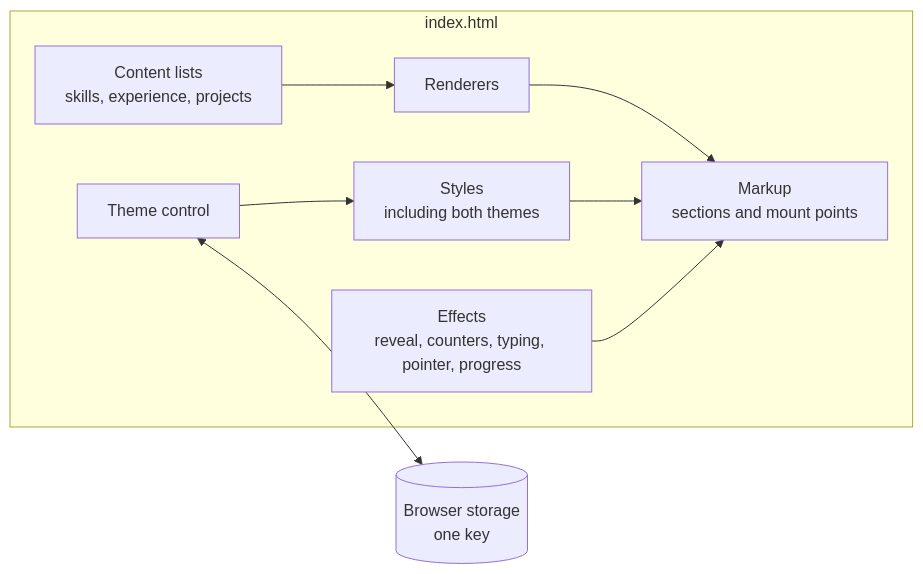
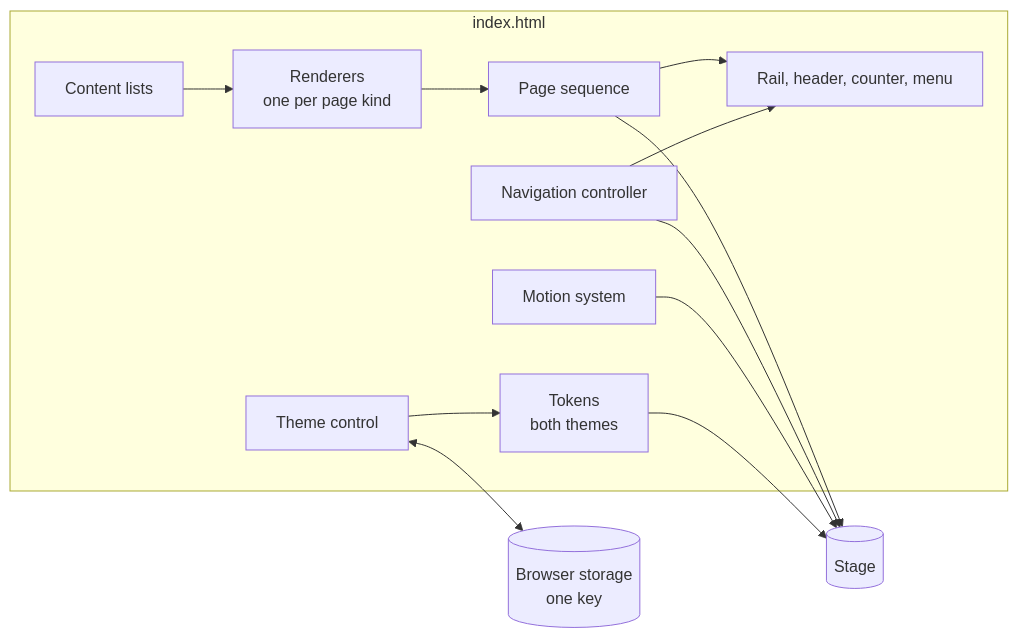
The first of 5 diagrams in resume/requirements/03-architecture.md (MoAbboud/PortFolio), drawn with Mermaid before and after one commit. The commit also changed other lines of this file and 7 other files, not shown here.

````diff
--- a/resume/requirements/03-architecture.md
+++ b/resume/requirements/03-architecture.md
@@ -10,16 +11,21 @@
 ```mermaid
 flowchart LR
     subgraph file[index.html]
-        MARKUP[Markup<br/>sections and mount points]
-        STYLE[Styles<br/>including both themes]
-        DATA[Content lists<br/>skills, experience, projects]
-        RENDER[Renderers]
-        FX[Effects<br/>reveal, counters, typing, pointer, progress]
+        TOK[Tokens<br/>both themes]
+        DATA[Content lists]
+        RENDER[Renderers<br/>one per page kind]
+        SEQ[Page sequence]
+        NAV[Navigation controller]
+        MOTION[Motion system]
+        HUD[Rail, header, counter, menu]
         THEME[Theme control]
     end
-    DATA --> RENDER --> MARKUP
-    STYLE --> MARKUP
-    FX --> MARKUP
-    THEME --> STYLE
+    DATA --> RENDER --> SEQ --> STAGE[(Stage)]
+    SEQ --> HUD
+    NAV --> STAGE
+    NAV --> HUD
+    MOTION --> STAGE
+    TOK --> STAGE
+    THEME --> TOK
     THEME <--> LS[(Browser storage<br/>one key)]
 ```
````
